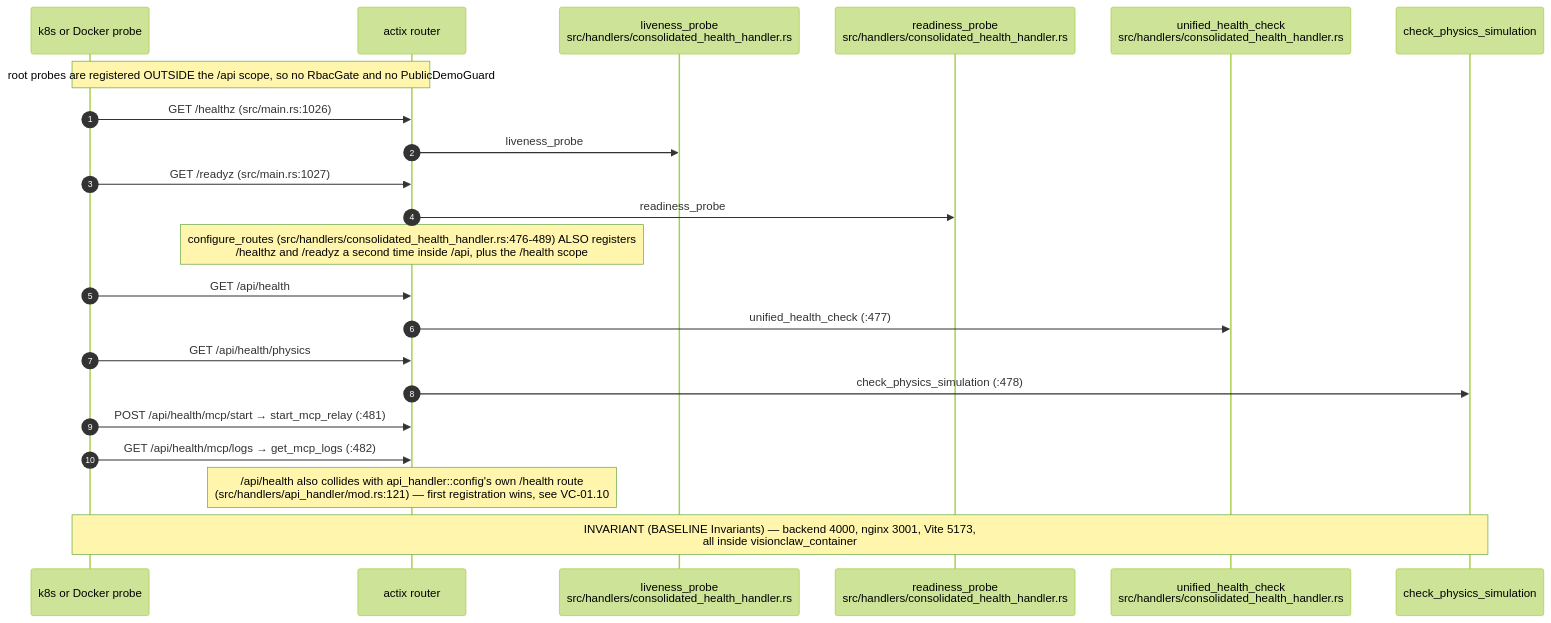
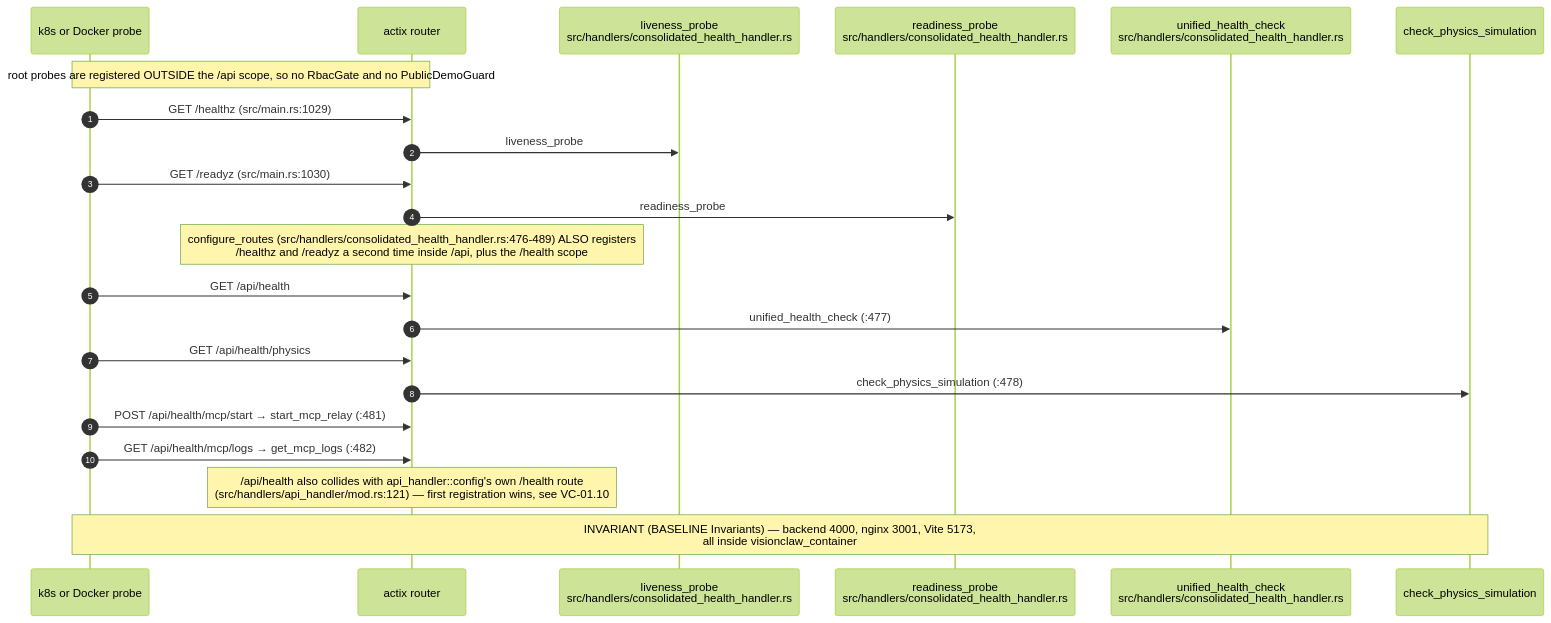
The seventh of 14 diagrams in docs/diagrams/visionclaw/01-boot-and-app-state.md (DreamLab-AI/AR-AI-Knowledge-Graph), drawn with Mermaid (forest theme) before and after one commit. The commit also changed other lines of this file and 73 other files, not shown here.

First line of the commit message:
docs(diagrams): re-verify all 71 topic files against HEAD; add --cite-check

````diff
--- a/docs/diagrams/visionclaw/01-boot-and-app-state.md
+++ b/docs/diagrams/visionclaw/01-boot-and-app-state.md
@@ -321,25 +321,25 @@
 ```mermaid
 sequenceDiagram
     autonumber
     participant K as k8s or Docker probe
     participant R as actix router
     participant L as liveness_probe<br/>src/handlers/consolidated_health_handler.rs
     participant D as readiness_probe<br/>src/handlers/consolidated_health_handler.rs
     participant U as unified_health_check<br/>src/handlers/consolidated_health_handler.rs
     participant P as check_physics_simulation
 
     Note over K,R: root probes are registered OUTSIDE the /api scope, so no RbacGate and no PublicDemoGuard
-    K->>R: GET /healthz (src/main.rs:1026)
+    K->>R: GET /healthz (src/main.rs:1029)
     R->>L: liveness_probe
-    K->>R: GET /readyz (src/main.rs:1027)
+    K->>R: GET /readyz (src/main.rs:1030)
     R->>D: readiness_probe
     Note over R: configure_routes (src/handlers/consolidated_health_handler.rs:476-489) ALSO registers<br/>/healthz and /readyz a second time inside /api, plus the /health scope
     K->>R: GET /api/health
     R->>U: unified_health_check (:477)
     K->>R: GET /api/health/physics
     R->>P: check_physics_simulation (:478)
     K->>R: POST /api/health/mcp/start → start_mcp_relay (:481)
     K->>R: GET /api/health/mcp/logs → get_mcp_logs (:482)
     Note over R: /api/health also collides with api_handler::config's own /health route<br/>(src/handlers/api_handler/mod.rs:121) — first registration wins, see VC-01.10
     Note over K,P: INVARIANT (BASELINE Invariants) — backend 4000, nginx 3001, Vite 5173,<br/>all inside visionclaw_container
 ```
````
